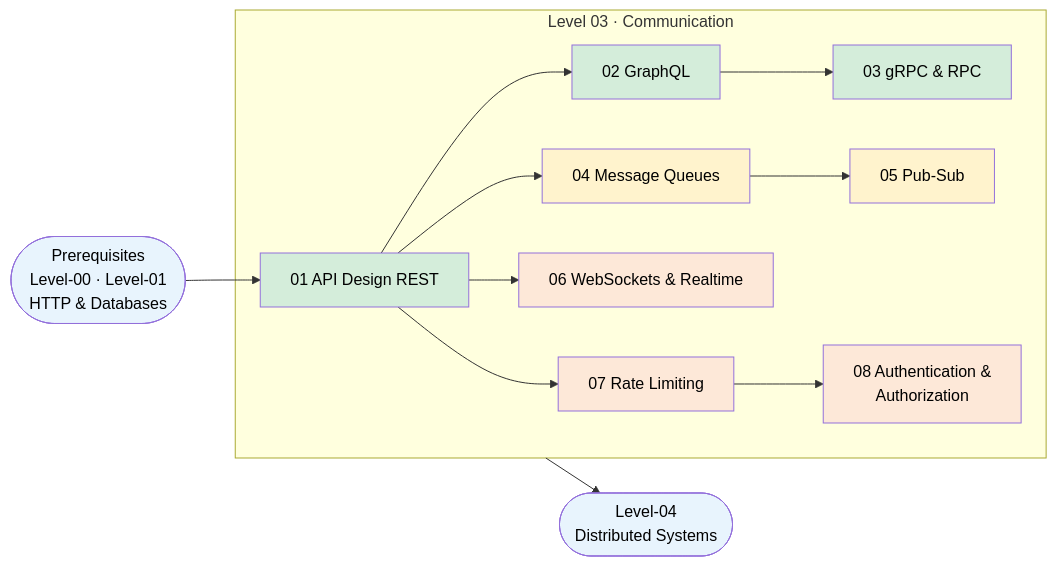
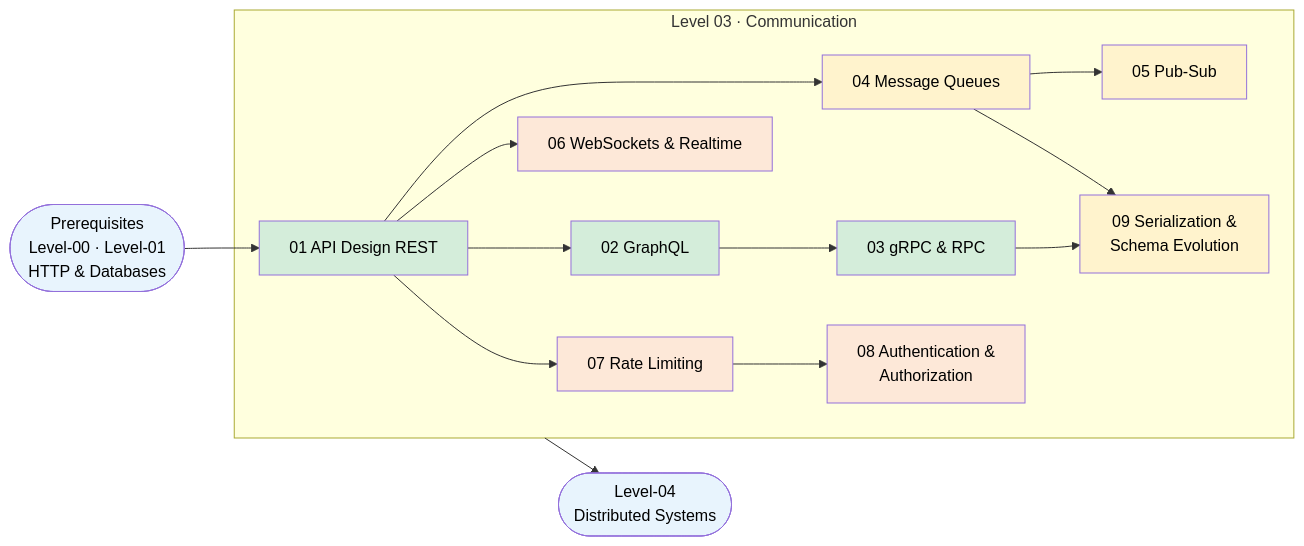
One commit to Ankan1998/learn-system-design changed the diagram in Level-03-Communication/README.md. Above: the diagram before and after it, drawn with Mermaid. The commit also changed other lines of this file and 24 other files, not shown here.

````diff
--- a/Level-03-Communication/README.md
+++ b/Level-03-Communication/README.md
@@ -24,27 +25,30 @@
 ```mermaid
 flowchart LR
     A([Prerequisites<br/>Level-00 · Level-01<br/>HTTP & Databases]) --> B
 
     subgraph L3["Level 03 · Communication"]
         B[01 API Design REST] --> C[02 GraphQL]
         C --> D[03 gRPC & RPC]
         B --> E[04 Message Queues]
         E --> F[05 Pub-Sub]
         B --> G[06 WebSockets & Realtime]
         B --> H[07 Rate Limiting]
         H --> I[08 Authentication &<br/>Authorization]
+        D --> J[09 Serialization &<br/>Schema Evolution]
+        E --> J
     end
 
     L3 --> Z([Level-04<br/>Distributed Systems])
 
     style A fill:#e8f4fd,color:#000
     style Z fill:#e8f4fd,color:#000
     style B fill:#d4edda,color:#000
     style C fill:#d4edda,color:#000
     style D fill:#d4edda,color:#000
     style E fill:#fff3cd,color:#000
     style F fill:#fff3cd,color:#000
     style G fill:#fde8d8,color:#000
     style H fill:#fde8d8,color:#000
     style I fill:#fde8d8,color:#000
+    style J fill:#fff3cd,color:#000
 ```
````
